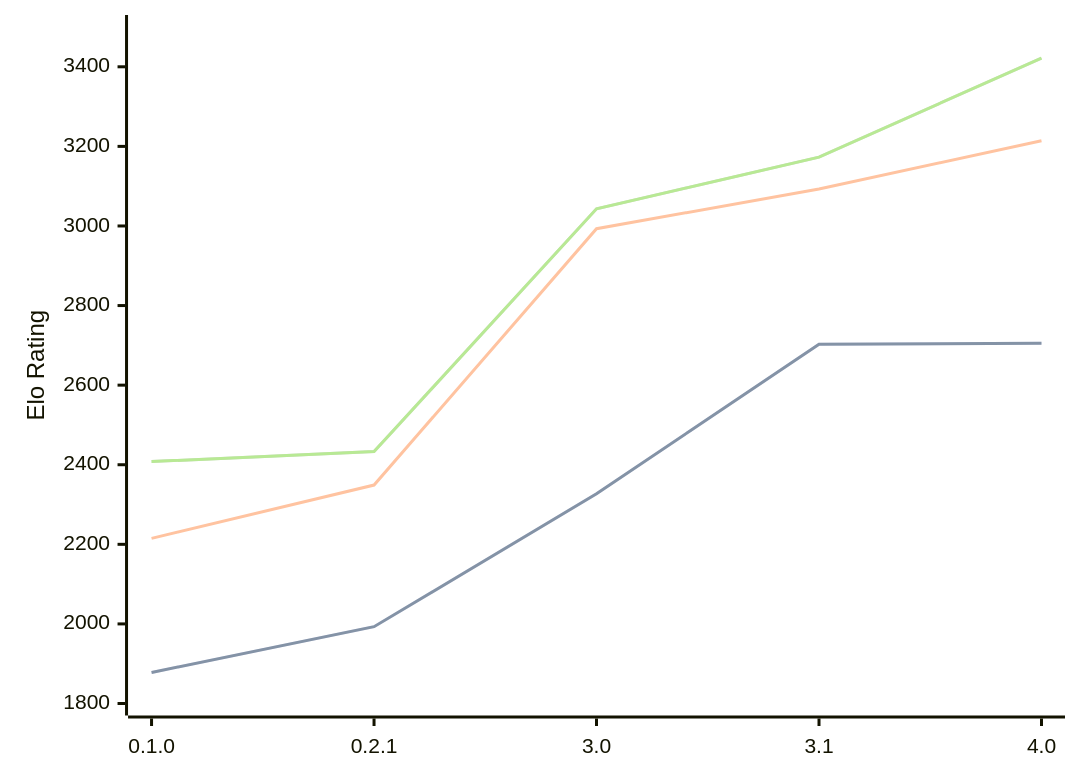
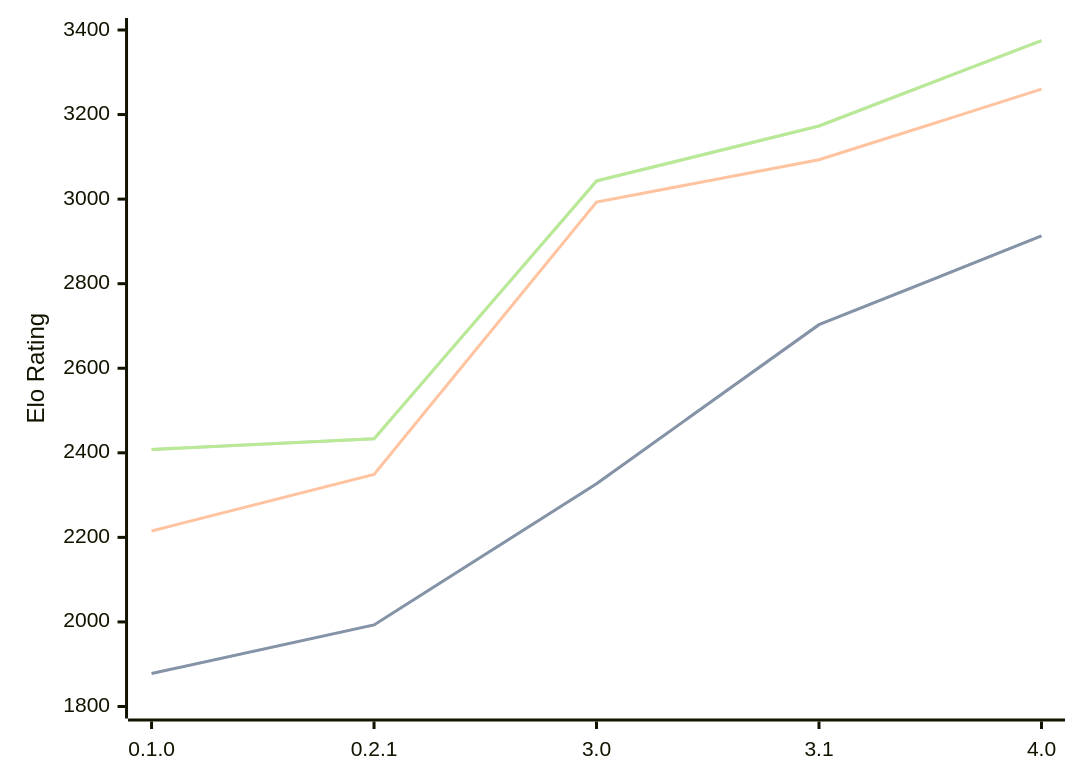
One commit to computer-chess-index/cci changed the diagram in engines/Sykora.md. Above: the diagram before and after it, drawn with Mermaid. The commit also changed other lines of this file, not shown here.

Commit message:
Update CCI Ratings (ELO VLTC) - 2026-08-06

````diff
--- a/engines/Sykora.md
+++ b/engines/Sykora.md
@@ -36,11 +36,11 @@
 ```mermaid
 %%{init: {"theme":"base","themeVariables":{"seriesColors:['#a3a3a3','#222221','#faa371']}}}%%
 xychart-beta
   x-axis ["0.1.0", "0.2.1", "3.0", "3.1", "4.0"]
-  y-axis "Elo Rating" 1800 --> 3500
-  line "STC (8.0+0.08s)" [1878, 1993, 2327, 2703, 2705]
-  line "STC (8.0+0.08s)" [1878, 1993, 2327, 2703, 2705]
-  line "LTC (60.0+0.60s)" [2215, 2349, 2993, 3093, 3214]
-  line "VLTC (2m24s+1.12s)" [2408, 2433, 3043, 3173, 3422]
-  line "VLTC (2m24s+1.12s)" [2408, 2433, 3043, 3173, 3422]
+  y-axis "Elo Rating" 1800 --> 3400
+  line "STC (8.0+0.08s)" [1878, 1993, 2327, 2703, 2913]
+  line "STC (8.0+0.08s)" [1878, 1993, 2327, 2703, 2913]
+  line "LTC (60.0+0.60s)" [2215, 2349, 2993, 3093, 3260]
+  line "VLTC (2m24s+1.12s)" [2408, 2433, 3043, 3173, 3375]
+  line "VLTC (2m24s+1.12s)" [2408, 2433, 3043, 3173, 3375]
 ```
````
